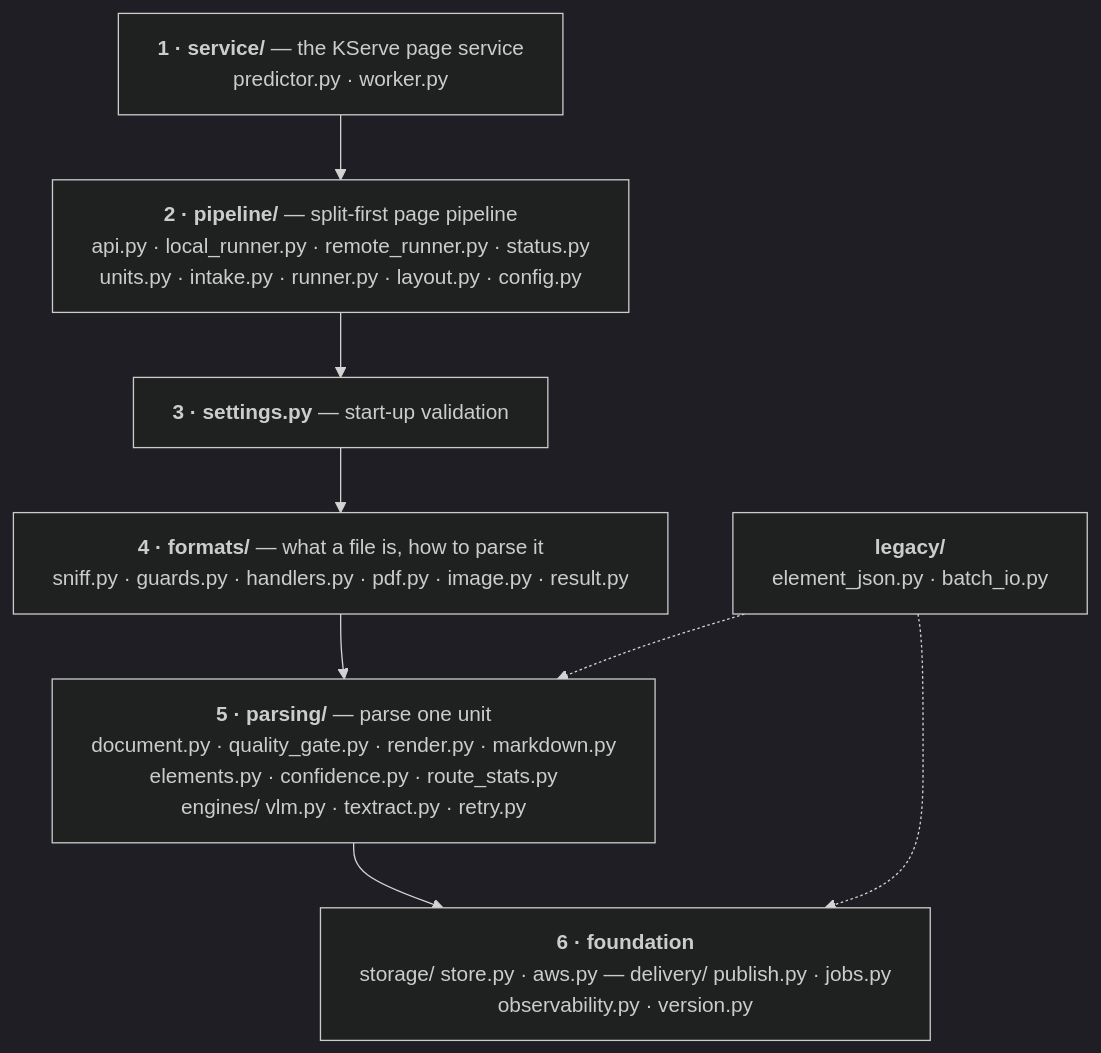
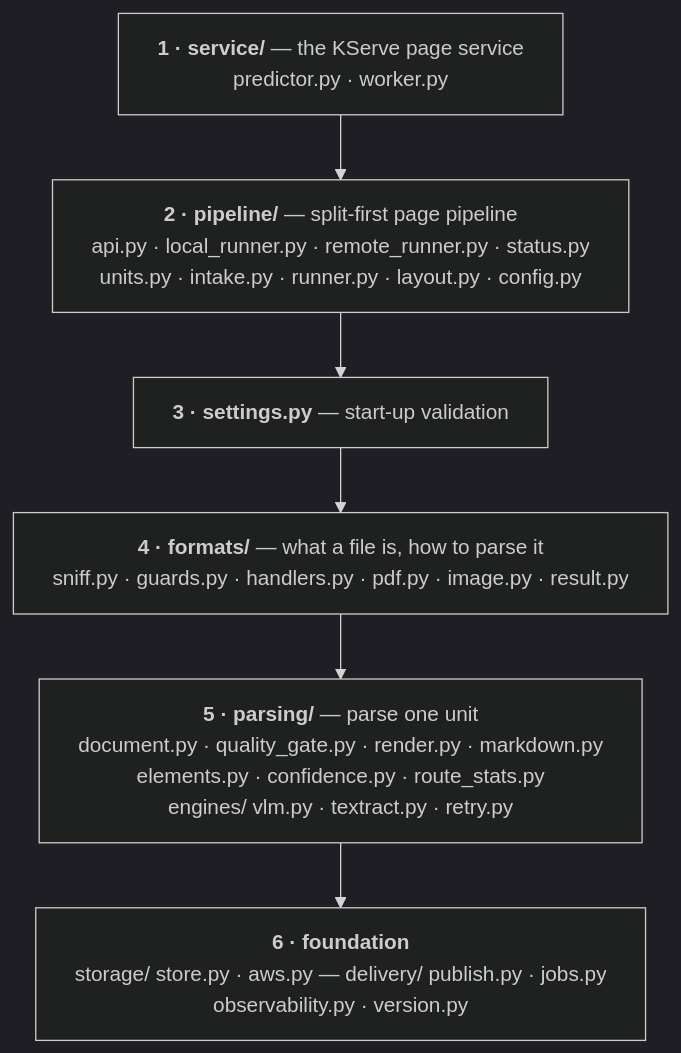
The first of 3 diagrams in docs/architecture.md (anguyenbus/doc-parser), drawn with Mermaid (dark theme) before and after one commit. The commit also changed other lines of this file and 18 other files, not shown here.

````diff
--- a/docs/architecture.md
+++ b/docs/architecture.md
@@ -12,15 +12,12 @@
 ```mermaid
 %%{init: {"flowchart": {"wrappingWidth": 560}}}%%
 flowchart TB
     L1["<b>1 · service/</b> — the KServe page service<br/>predictor.py · worker.py"]
     L2["<b>2 · pipeline/</b> — split-first page pipeline<br/>api.py · local_runner.py · remote_runner.py · status.py<br/>units.py · intake.py · runner.py · layout.py · config.py"]
     L3["<b>3 · settings.py</b> — start-up validation"]
     L4["<b>4 · formats/</b> — what a file is, how to parse it<br/>sniff.py · guards.py · handlers.py · pdf.py · image.py · result.py"]
     L5["<b>5 · parsing/</b> — parse one unit<br/>document.py · quality_gate.py · render.py · markdown.py<br/>elements.py · confidence.py · route_stats.py<br/>engines/ vlm.py · textract.py · retry.py"]
     L6["<b>6 · foundation</b><br/>storage/ store.py · aws.py — delivery/ publish.py · jobs.py<br/>observability.py · version.py"]
-    LEG["<b>legacy/</b><br/>element_json.py · batch_io.py"]
 
     L1 --> L2 --> L3 --> L4 --> L5 --> L6
-    LEG -.-> L5
-    LEG -.-> L6
 ```
````
